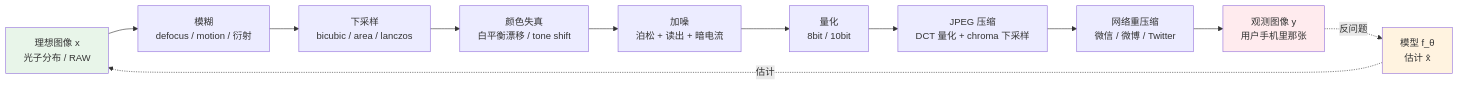
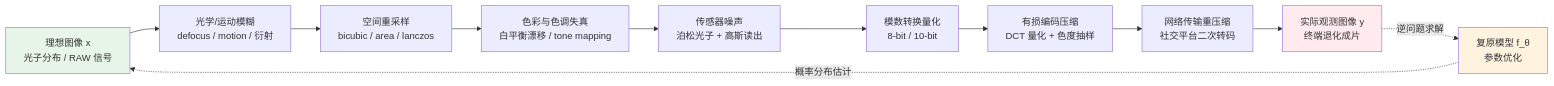
Before and after one commit to yingwang/image-enhancement-guide: the first of 2 diagrams in chapters/01-degradation-model.md, drawn with Mermaid. The commit also changed other lines of this file and 18 other files, not shown here.

````diff
--- a/chapters/01-degradation-model.md
+++ b/chapters/01-degradation-model.md
@@ -265,17 +265,17 @@
 ```mermaid
 graph LR
-    X[理想图像 x<br/>光子分布 / RAW] --> Blur[模糊<br/>defocus / motion / 衍射]
-    Blur --> Down[下采样<br/>bicubic / area / lanczos]
-    Down --> Color[颜色失真<br/>白平衡漂移 / tone shift]
-    Color --> Noise[加噪<br/>泊松 + 读出 + 暗电流]
-    Noise --> Quant[量化<br/>8bit / 10bit]
-    Quant --> JPEG[JPEG 压缩<br/>DCT 量化 + chroma 下采样]
-    JPEG --> Net[网络重压缩<br/>微信 / 微博 / Twitter]
-    Net --> Y[观测图像 y<br/>用户手机里那张]
-    Y -. 反问题 .-> Inv[模型 f_θ<br/>估计 x̂]
-    Inv -. 估计 .-> X
+    X["理想图像 x<br/>光子分布 / RAW 信号"] --> Blur["光学/运动模糊<br/>defocus / motion / 衍射"]
+    Blur --> Down["空间重采样<br/>bicubic / area / lanczos"]
+    Down --> Color["色彩与色调失真<br/>白平衡漂移 / tone mapping"]
+    Color --> Noise["传感器噪声<br/>泊松光子 + 高斯读出"]
+    Noise --> Quant["模数转换量化<br/>8-bit / 10-bit"]
+    Quant --> JPEG["有损编码压缩<br/>DCT 量化 + 色度抽样"]
+    JPEG --> Net["网络传输重压缩<br/>社交平台二次转码"]
+    Net --> Y["实际观测图像 y<br/>终端退化成片"]
+    Y -. 逆问题求解 .-> Inv["复原模型 f_θ<br/>参数优化"]
+    Inv -. 概率分布估计 .-> X
 
     style X fill:#e8f5e9
     style Y fill:#ffebee
     style Inv fill:#fff3e0
 ```
````
